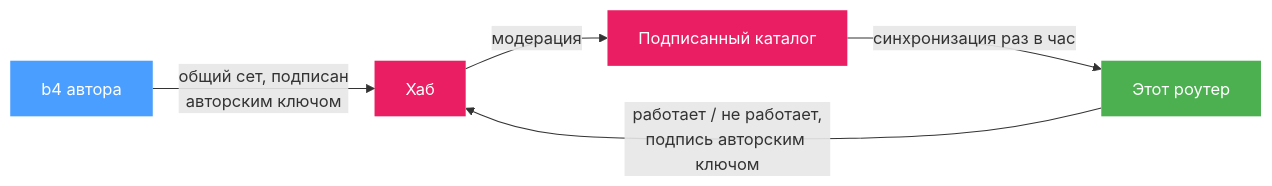
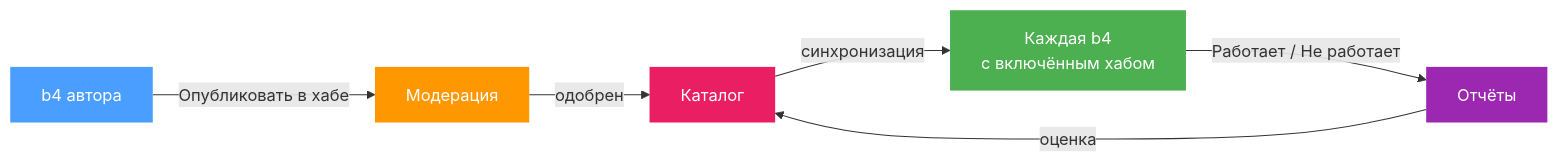
One commit to DanielLavrushin/b4 changed the diagram in docs/i18n/ru/docusaurus-plugin-content-docs/current/community/index.md. Above: the diagram before and after it, drawn with Mermaid. The commit also changed other lines of this file and 9 other files, not shown here.

````diff
--- a/docs/i18n/ru/docusaurus-plugin-content-docs/current/community/index.md
+++ b/docs/i18n/ru/docusaurus-plugin-content-docs/current/community/index.md
@@ -23,12 +19,14 @@
 ```mermaid
 flowchart LR
-    A["b4 автора"] -->|"общий сет, подписан<br/>авторским ключом"| H["Хаб"]
-    H -->|"модерация"| C["Подписанный каталог"]
-    C -->|"синхронизация раз в час"| R["Этот роутер"]
-    R -->|"работает / не работает,<br/>подпись авторским ключом"| H
+    A["b4 автора"] -->|"Опубликовать в хабе"| M["Модерация"]
+    M -->|"одобрен"| C["Каталог"]
+    C -->|"синхронизация"| R["Каждая b4<br/>с включённым хабом"]
+    R -->|"Работает / Не работает"| S["Отчёты"]
+    S -->|"оценка"| C
 
     style A fill:#4a9eff,color:#fff,stroke:none
-    style H fill:#e91e63,color:#fff,stroke:none
+    style M fill:#ff9800,color:#fff,stroke:none
     style C fill:#e91e63,color:#fff,stroke:none
     style R fill:#4caf50,color:#fff,stroke:none
+    style S fill:#9c27b0,color:#fff,stroke:none
 ```
````
